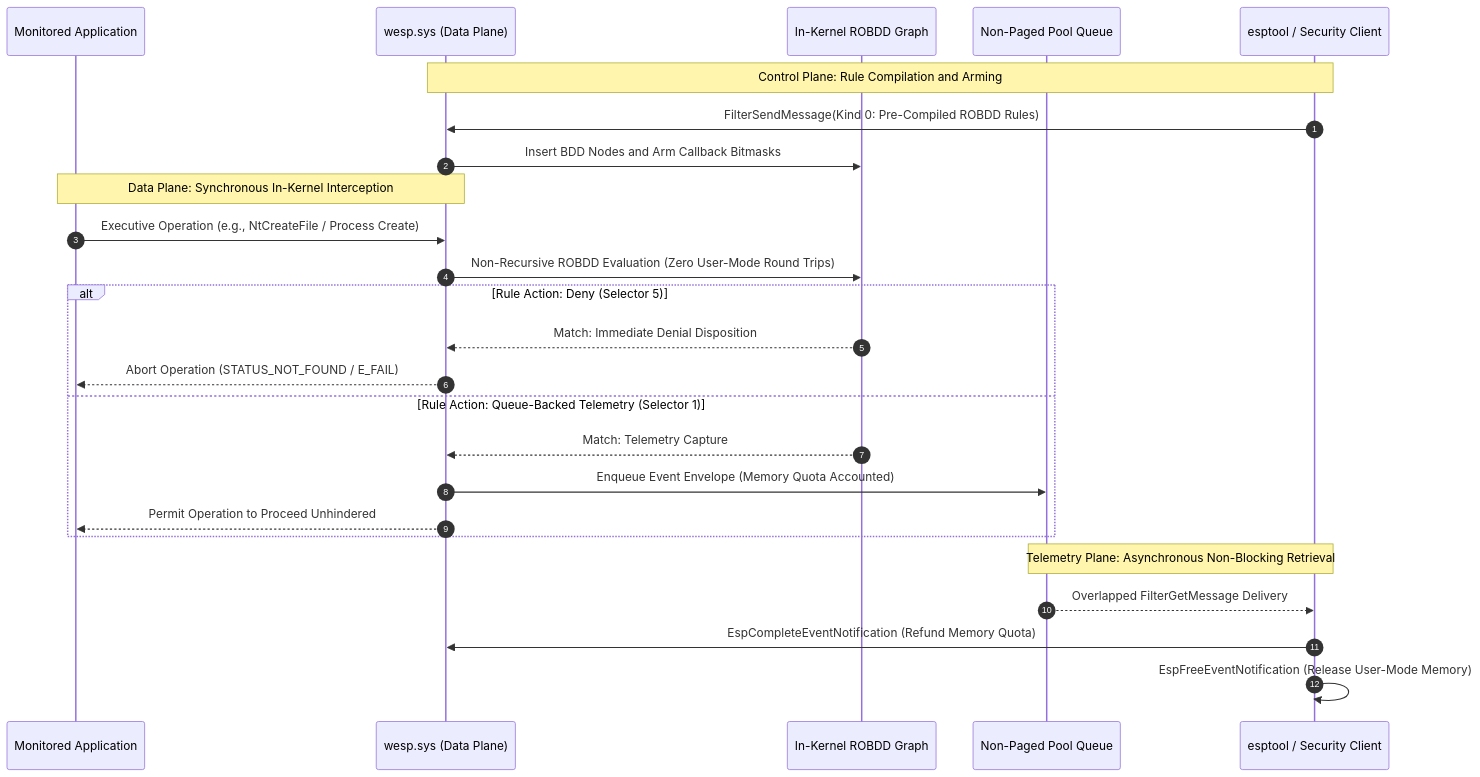
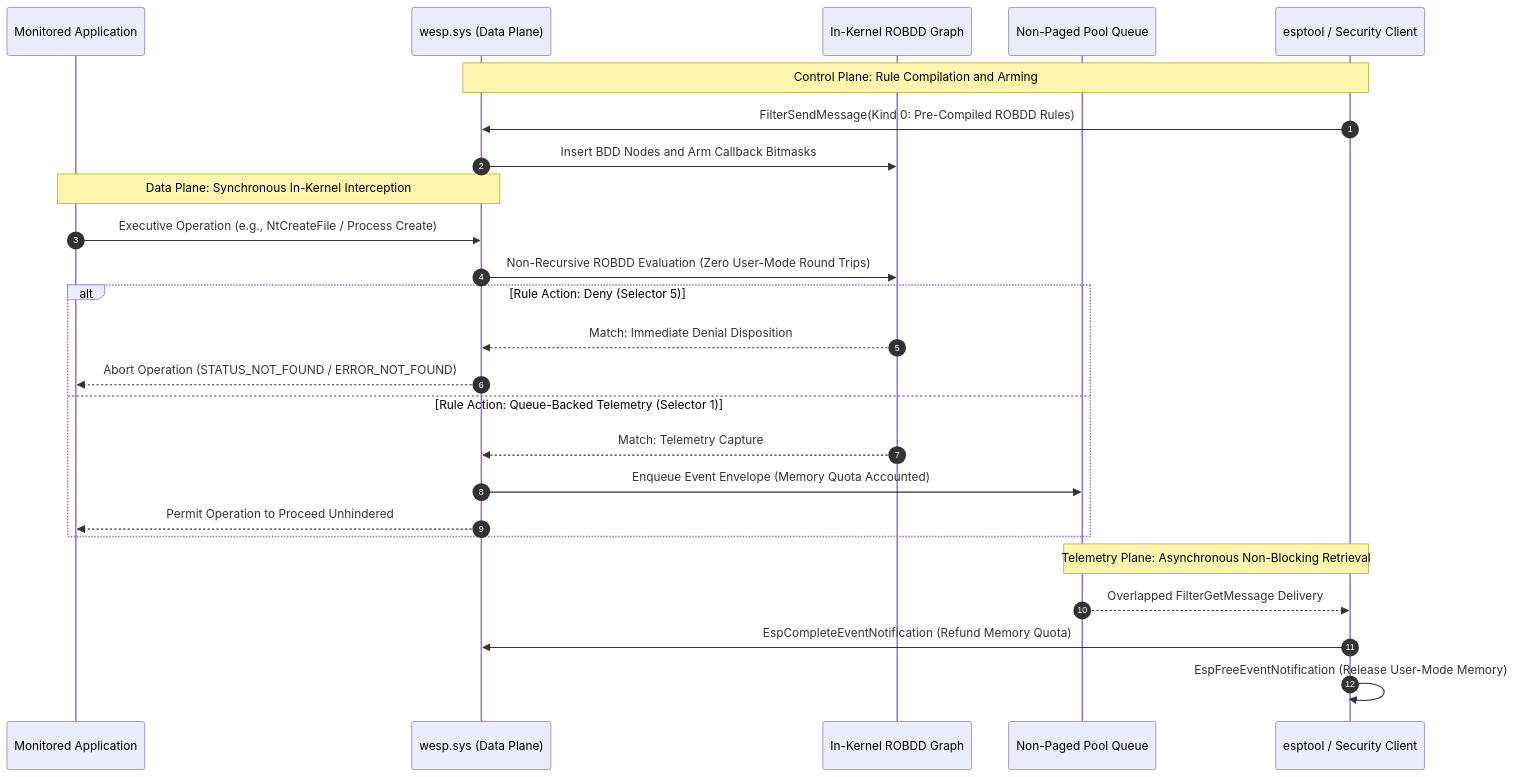
The first of 8 diagrams in docs/esptool_tech_reference.md (marcosd4h/wesp-research), drawn with Mermaid before and after one commit. The commit also changed other lines of this file and 9 other files, not shown here.

Commit message:
Correct token permissions to 2/1 with 0x4D564900 discriminator, capability masks to 3007=0x19 and 9000=0x07, process deny to ERROR_NOT_FOUND, TypeCodes, pipe spelling, trust output, and compat log wording

````diff
--- a/docs/esptool_tech_reference.md
+++ b/docs/esptool_tech_reference.md
@@ -13,30 +13,30 @@
 ```mermaid
 sequenceDiagram
     autonumber
     participant App as Monitored Application
     participant Kernel as wesp.sys (Data Plane)
     participant BDD as In-Kernel ROBDD Graph
     participant Queue as Non-Paged Pool Queue
     participant Tool as esptool / Security Client
 
     Note over Tool,Kernel: Control Plane: Rule Compilation and Arming
     Tool->>Kernel: FilterSendMessage(Kind 0: Pre-Compiled ROBDD Rules)
     Kernel->>BDD: Insert BDD Nodes and Arm Callback Bitmasks
 
     Note over App,Kernel: Data Plane: Synchronous In-Kernel Interception
     App->>Kernel: Executive Operation (e.g., NtCreateFile / Process Create)
     Kernel->>BDD: Non-Recursive ROBDD Evaluation (Zero User-Mode Round Trips)
     alt Rule Action: Deny (Selector 5)
         BDD-->>Kernel: Match: Immediate Denial Disposition
-        Kernel-->>App: Abort Operation (STATUS_NOT_FOUND / E_FAIL)
+        Kernel-->>App: Abort Operation (STATUS_NOT_FOUND / ERROR_NOT_FOUND)
     else Rule Action: Queue-Backed Telemetry (Selector 1)
         BDD-->>Kernel: Match: Telemetry Capture
         Kernel->>Queue: Enqueue Event Envelope (Memory Quota Accounted)
         Kernel-->>App: Permit Operation to Proceed Unhindered
     end
 
     Note over Queue,Tool: Telemetry Plane: Asynchronous Non-Blocking Retrieval
     Queue-->>Tool: Overlapped FilterGetMessage Delivery
     Tool->>Kernel: EspCompleteEventNotification (Refund Memory Quota)
     Tool->>Tool: EspFreeEventNotification (Release User-Mode Memory)
 ```
````
